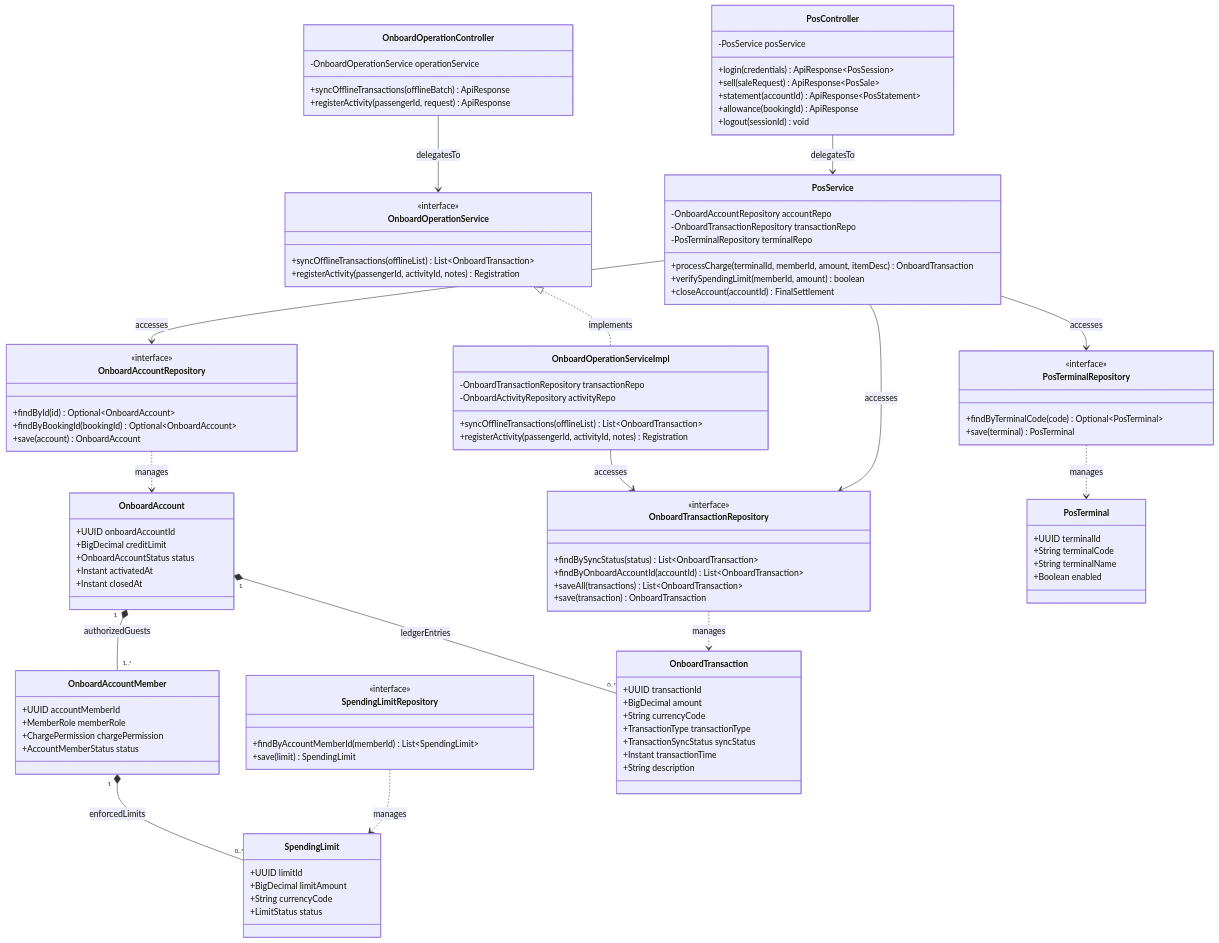
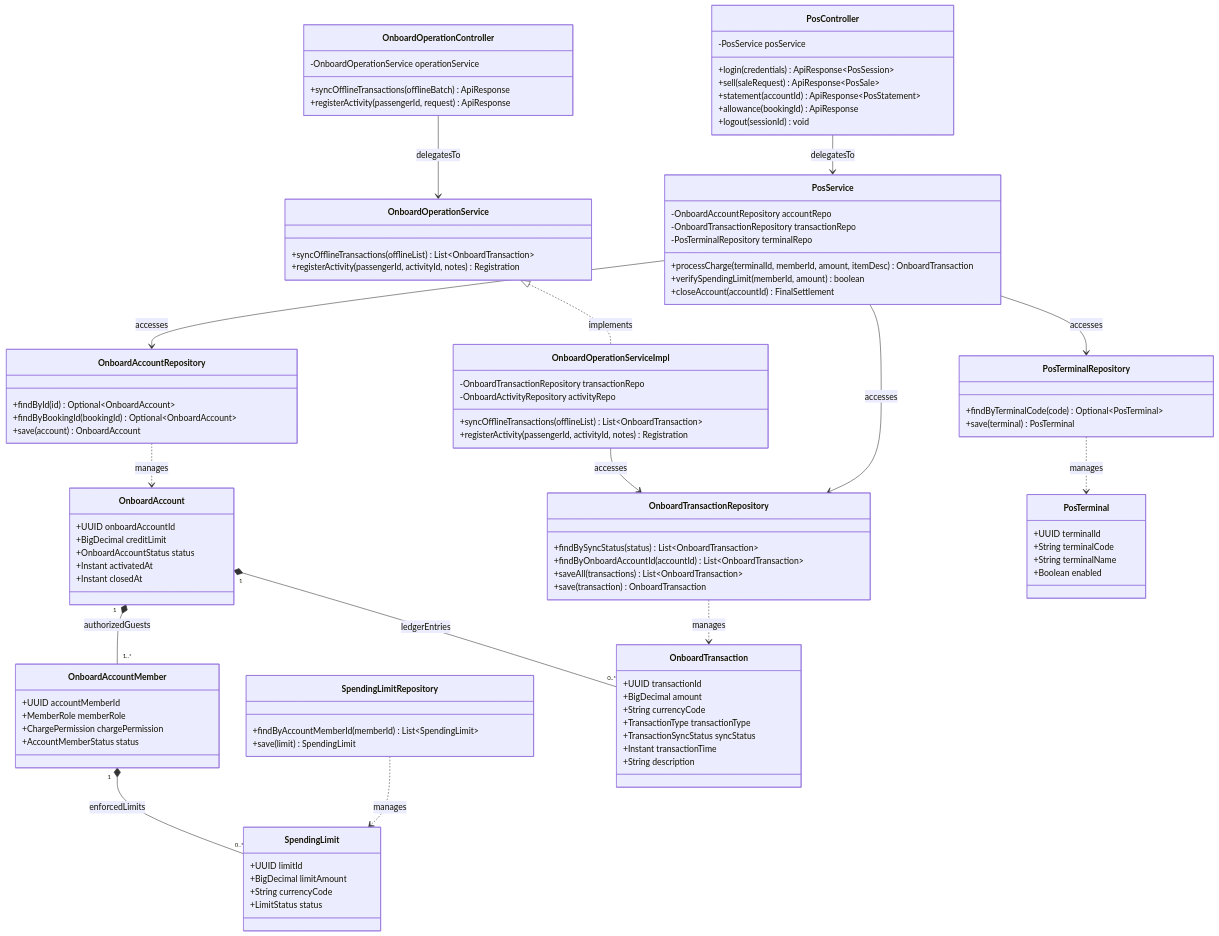
The diagram in docs/class-diagrams/08-cashless-folio-pos.md (ShiroSs00/CASMS_Backend), drawn with Mermaid before and after one commit. The commit also changed other lines of this file and 8 other files, not shown here.

```diff
--- a/docs/class-diagrams/08-cashless-folio-pos.md
+++ b/docs/class-diagrams/08-cashless-folio-pos.md
@@ -35,7 +35,6 @@
     }
 
     class OnboardOperationService {
-        <<interface>>
         +syncOfflineTransactions(offlineList) List~OnboardTransaction~
         +registerActivity(passengerId, activityId, notes) Registration
     }
@@ -49,14 +48,12 @@
 
     %% 3. Repository Layer
     class OnboardAccountRepository {
-        <<interface>>
         +findById(id) Optional~OnboardAccount~
         +findByBookingId(bookingId) Optional~OnboardAccount~
         +save(account) OnboardAccount
     }
 
     class OnboardTransactionRepository {
-        <<interface>>
         +findBySyncStatus(status) List~OnboardTransaction~
         +findByOnboardAccountId(accountId) List~OnboardTransaction~
         +saveAll(transactions) List~OnboardTransaction~
@@ -64,13 +61,11 @@
     }
 
     class SpendingLimitRepository {
-        <<interface>>
         +findByAccountMemberId(memberId) List~SpendingLimit~
         +save(limit) SpendingLimit
     }
 
     class PosTerminalRepository {
-        <<interface>>
         +findByTerminalCode(code) Optional~PosTerminal~
         +save(terminal) PosTerminal
     }
```
